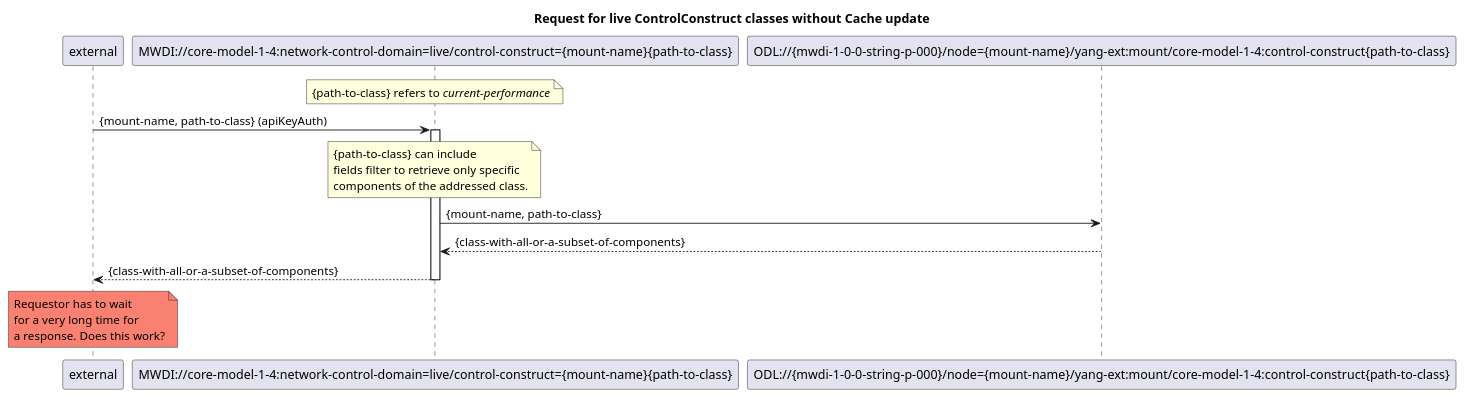
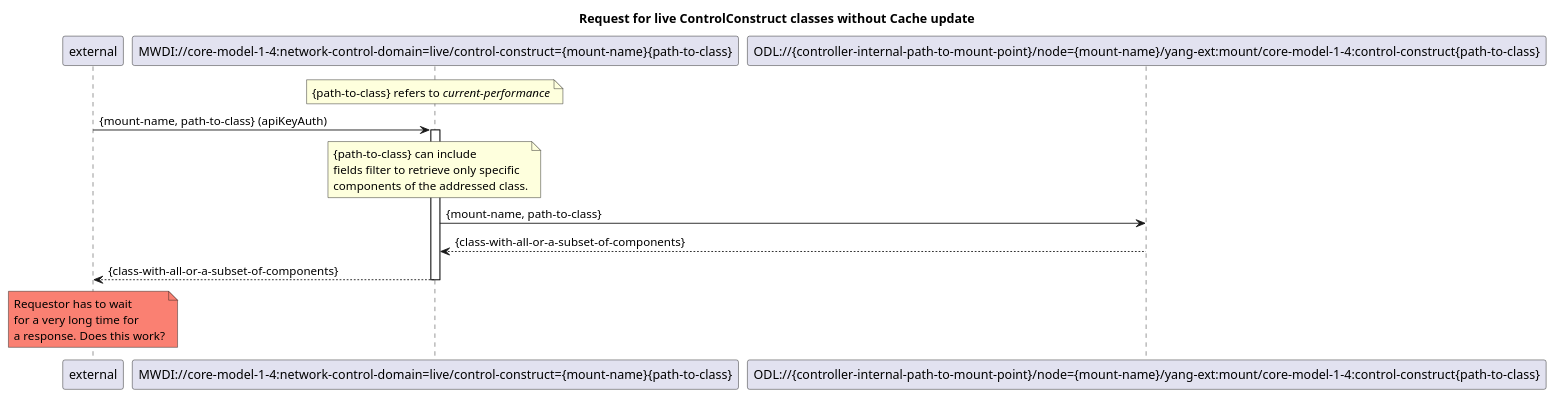
The diagram in spec/diagrams/500_LiveRessourcePathWithoutCacheUpdate.plantuml (openBackhaul/MicroWaveDeviceInventory), drawn with PlantUML before and after one commit. The commit also changed 3 other files, not shown here.

Commit message:
Review ForwardingList after merge of #301 branch Fixes #311 update diagrams

```diff
--- a/spec/diagrams/500_LiveRessourcePathWithoutCacheUpdate.plantuml
+++ b/spec/diagrams/500_LiveRessourcePathWithoutCacheUpdate.plantuml
@@ -1,26 +1,26 @@
 @startuml 500_LiveRessourcePathWithoutCacheUpdate
 skinparam responseMessageBelowArrow true
 
 title Request for live ControlConstruct classes without Cache update
 
 participant "external" as requestor
 participant "MWDI://core-model-1-4:network-control-domain=live/control-construct={mount-name}{path-to-class}" as LiveControlConstructClass
-participant "ODL://{mwdi-1-0-0-string-p-000}/node={mount-name}/yang-ext:mount/core-model-1-4:control-construct{path-to-class}" as OdlControlConstructClass
+participant "ODL://{controller-internal-path-to-mount-point}/node={mount-name}/yang-ext:mount/core-model-1-4:control-construct{path-to-class}" as OdlControlConstructClass
 
 note over LiveControlConstructClass: {path-to-class} refers to <i>current-performance</i>
 
 requestor -> LiveControlConstructClass: {mount-name, path-to-class} (apiKeyAuth)
 activate LiveControlConstructClass
 
 note over LiveControlConstructClass: {path-to-class} can include \nfields filter to retrieve only specific \ncomponents of the addressed class.
 LiveControlConstructClass -> OdlControlConstructClass: {mount-name, path-to-class}
 OdlControlConstructClass --> LiveControlConstructClass: {class-with-all-or-a-subset-of-components}
 
 LiveControlConstructClass --> requestor: {class-with-all-or-a-subset-of-components}
 deactivate LiveControlConstructClass
 
 skinparam NoteBackgroundColor salmon
 note over requestor: Requestor has to wait \nfor a very long time for \na response. Does this work?
 skinparam NoteBackgroundColor default
 
 @enduml
```
